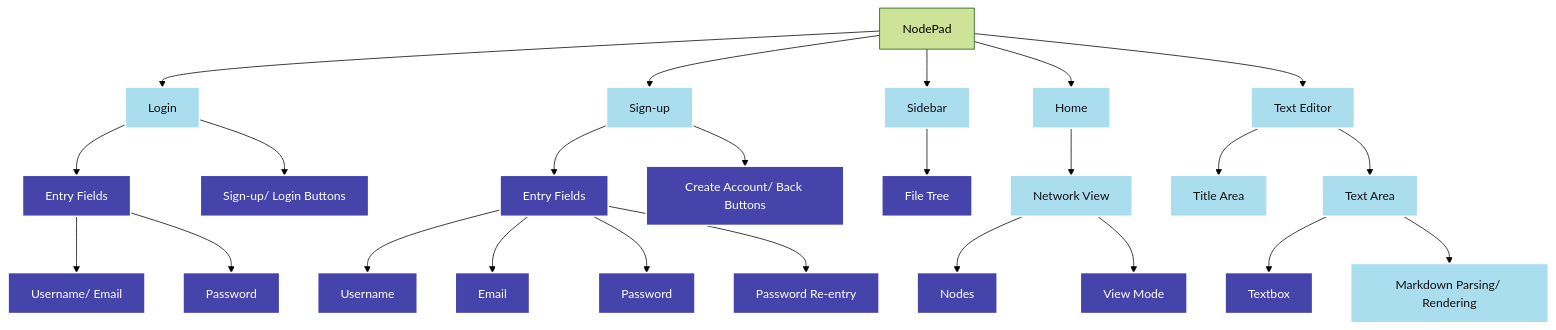
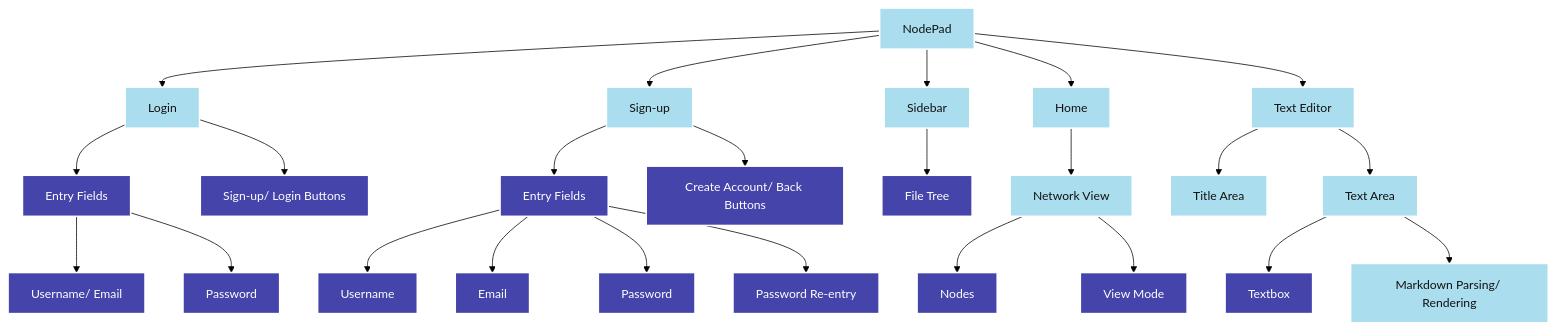
Before and after one commit to samcalthrop/NodePad: the second of 3 diagrams in writeup/2 - Iterative Development/2.1-Iteration1/2.1.5-evaluation.md, drawn with Mermaid (forest theme). The commit also changed other lines of this file and 62 other files, not shown here.

````diff
--- a/writeup/2 - Iterative Development/2.1-Iteration1/2.1.5-evaluation.md
+++ b/writeup/2 - Iterative Development/2.1-Iteration1/2.1.5-evaluation.md
@@ -74,35 +75,35 @@
 ```mermaid
 
 flowchart TD
 
 	A --> U[Login]:::highlight-half
 	U --> V[Entry Fields]:::highlight
 	V --> ZH[Username/ Email]:::highlight
 	V --> ZI[Password]:::highlight
 	U --> W[Sign-up/ Login Buttons]:::highlight
 
 	A --> Z[Sign-up]:::highlight-half
 	Z --> ZD[Entry Fields]:::highlight
 	ZD --> ZO[Username]:::highlight
 	ZD --> ZP[Email]:::highlight
 	ZD --> ZQ[Password]:::highlight
 	ZD --> ZJ[Password Re-entry]:::highlight
 	Z --> ZK[Create Account/ Back Buttons]:::highlight
 
-  A[NodePad] --> B[Sidebar]:::highlight-half
+  A[NodePad]:::highlight-half --> B[Sidebar]:::highlight-half
   B --> D[File Tree]:::highlight
 
   A --> K[Home]:::highlight-half
   K --> M[Network View]:::highlight-half
   M --> Nodes:::highlight
   M --> O[View Mode]:::highlight
 
   A --> Q[Text Editor]:::highlight-half
   Q --> R[Title Area]:::highlight-half
   Q --> T[Text Area]:::highlight-half
   T --> ZB[Textbox]:::highlight
   T --> ZC[Markdown Parsing/ Rendering]:::highlight-half
 
   classDef highlight fill:#44a,stroke:#fff,stroke-width:2px,color:#fff
   classDef highlight-half fill:#ade,stroke:#fff,stroke-width:2px,color:#111
 ```
````
